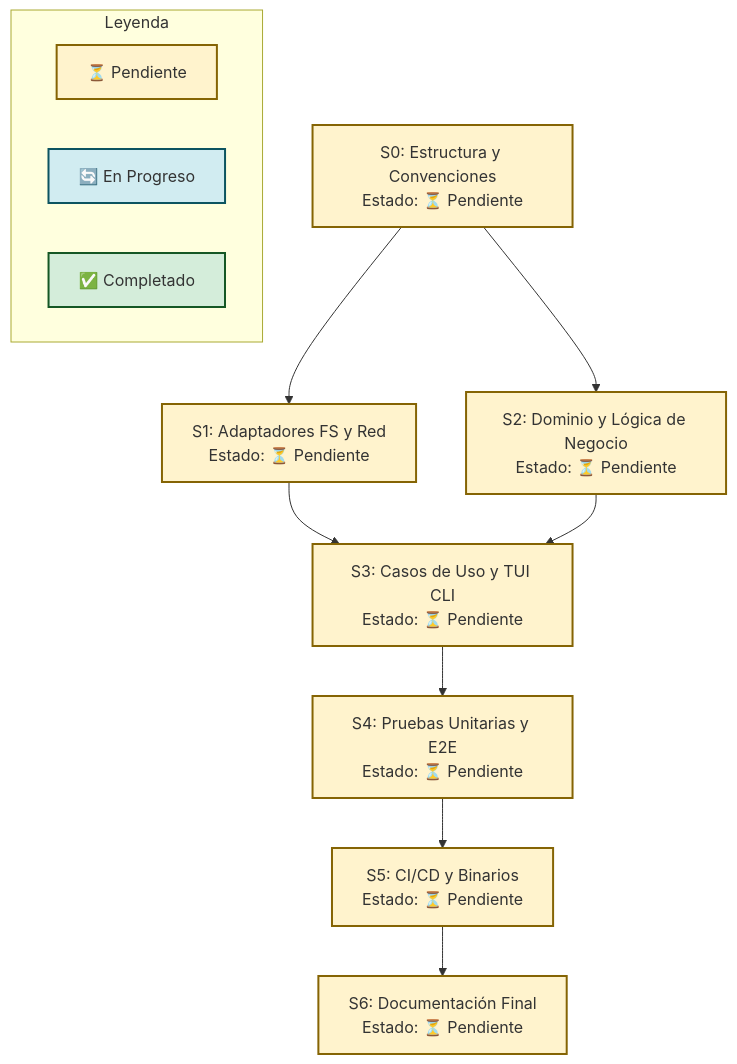
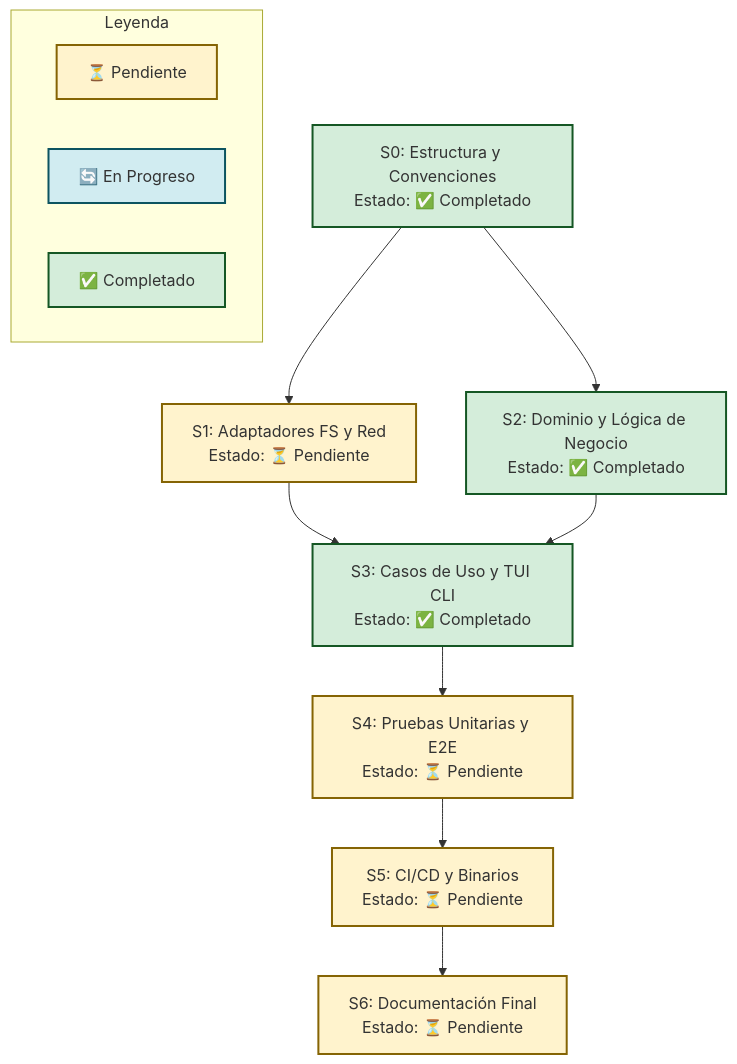
One commit to Fisherk2/codice-opencode changed the diagram in docs/WORKFLOW.md. Above: the diagram before and after it, drawn with Mermaid. The commit also changed other lines of this file and 13 other files, not shown here.

````diff
--- a/docs/WORKFLOW.md
+++ b/docs/WORKFLOW.md
@@ -75,32 +78,32 @@
 ```mermaid
 graph TD
     %% Definición de estilos
     classDef pending fill:#fff3cd,stroke:#856404,stroke-width:2px;
     classDef progress fill:#d1ecf1,stroke:#0c5460,stroke-width:2px;
     classDef done fill:#d4edda,stroke:#155724,stroke-width:2px;
 
     %% Nodos del grafo
-    S0[S0: Estructura y Convenciones<br/>Estado: ⏳ Pendiente]:::pending
+    S0[S0: Estructura y Convenciones<br/>Estado: ✅ Completado]:::done
     S1[S1: Adaptadores FS y Red<br/>Estado: ⏳ Pendiente]:::pending
-    S2[S2: Dominio y Lógica de Negocio<br/>Estado: ⏳ Pendiente]:::pending
-    S3[S3: Casos de Uso y TUI CLI<br/>Estado: ⏳ Pendiente]:::pending
+    S2[S2: Dominio y Lógica de Negocio<br/>Estado: ✅ Completado]:::done
+    S3[S3: Casos de Uso y TUI CLI<br/>Estado: ✅ Completado]:::done
     S4[S4: Pruebas Unitarias y E2E<br/>Estado: ⏳ Pendiente]:::pending
     S5[S5: CI/CD y Binarios<br/>Estado: ⏳ Pendiente]:::pending
     S6[S6: Documentación Final<br/>Estado: ⏳ Pendiente]:::pending
 
     %% Flechas de dependencia (Grafo Dirigido Acíclico)
     S0 --> S1
     S0 --> S2
     S1 --> S3
     S2 --> S3
     S3 --> S4
     S4 --> S5
     S5 --> S6
 
     %% Leyenda
     subgraph Leyenda
         L1[⏳ Pendiente]:::pending
         L2[🔄 En Progreso]:::progress
         L3[✅ Completado]:::done
     end
 ```
````
